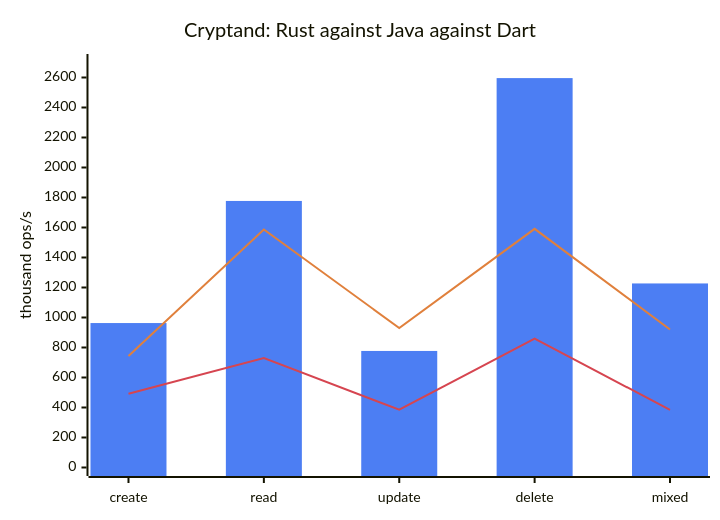
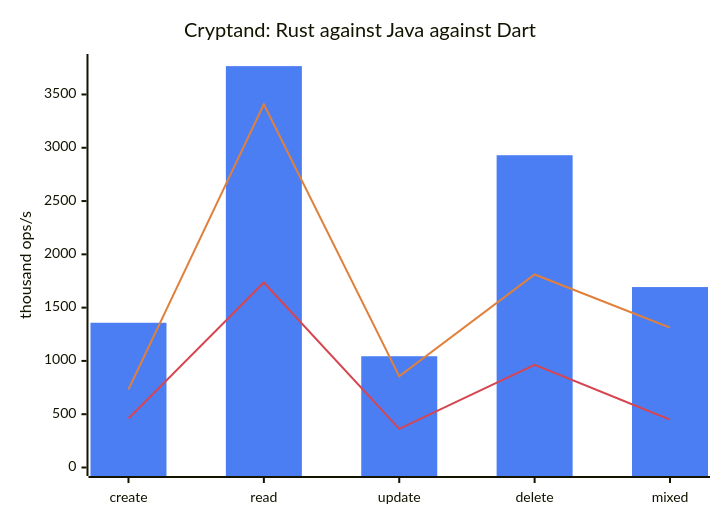
The fourth of 4 diagrams in reference/bench/RESULTS.md (nitrite/cryptand), drawn with Mermaid before and after one commit. The commit also changed other lines of this file and 21 other files, not shown here.

````diff
--- a/reference/bench/RESULTS.md
+++ b/reference/bench/RESULTS.md
@@ -163,10 +185,10 @@
 ```mermaid
 %%{init: {"themeVariables": {"xyChart": {"plotColorPalette": "#4C7EF3, #E0803C, #D64550"}}}}%%
 xychart-beta
     title "Cryptand: Rust against Java against Dart"
     x-axis ["create", "read", "update", "delete", "mixed"]
-    y-axis "thousand ops/s" 0 --> 2700
-    bar "rust" [963, 1777, 777, 2596, 1227]
-    line "java" [744, 1587, 930, 1591, 920]
-    line "dart" [492, 730, 385, 859, 384]
+    y-axis "thousand ops/s" 0 --> 3800
+    bar "rust" [1358, 3766, 1044, 2930, 1693]
+    line "java" [733, 3408, 856, 1811, 1313]
+    line "dart" [459, 1736, 363, 964, 449]
 ```
````
